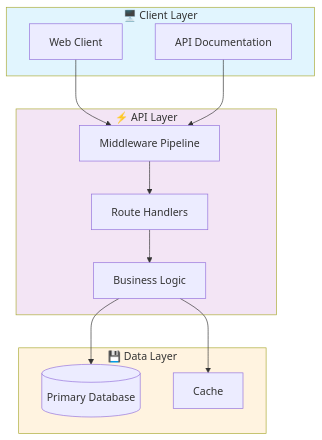
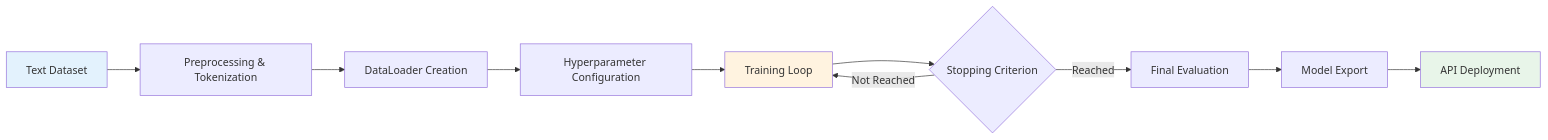
The fourth of 4 diagrams in README.md (galafis/Large-Language-Model-Trainer), drawn with Mermaid before and after one commit. The commit also changed other lines of this file and 3 other files, not shown here.

````diff
--- a/README.md
+++ b/README.md
@@ -164,28 +222,16 @@
 ```mermaid
-graph TB
-    subgraph Client["🖥️ Client Layer"]
-        A[Web Client]
-        B[API Documentation]
-    end
-    
-    subgraph API["⚡ API Layer"]
-        C[Middleware Pipeline]
-        D[Route Handlers]
-        E[Business Logic]
-    end
-    
-    subgraph Data["💾 Data Layer"]
-        F[(Primary Database)]
-        G[Cache]
-    end
-    
-    A --> C
-    B --> C
-    C --> D --> E
-    E --> F
-    E --> G
-    
-    style Client fill:#e1f5fe
-    style API fill:#f3e5f5
-    style Data fill:#fff3e0
+graph LR
+    A[Text Dataset] --> B[Preprocessing & Tokenization]
+    B --> C[DataLoader Creation]
+    C --> D[Hyperparameter Configuration]
+    D --> E[Training Loop]
+    E --> F{Stopping Criterion}
+    F -->|Not Reached| E
+    F -->|Reached| G[Final Evaluation]
+    G --> H[Model Export]
+    H --> I[API Deployment]
+
+    style A fill:#e3f2fd
+    style E fill:#fff3e0
+    style I fill:#e8f5e9
 ```
````
